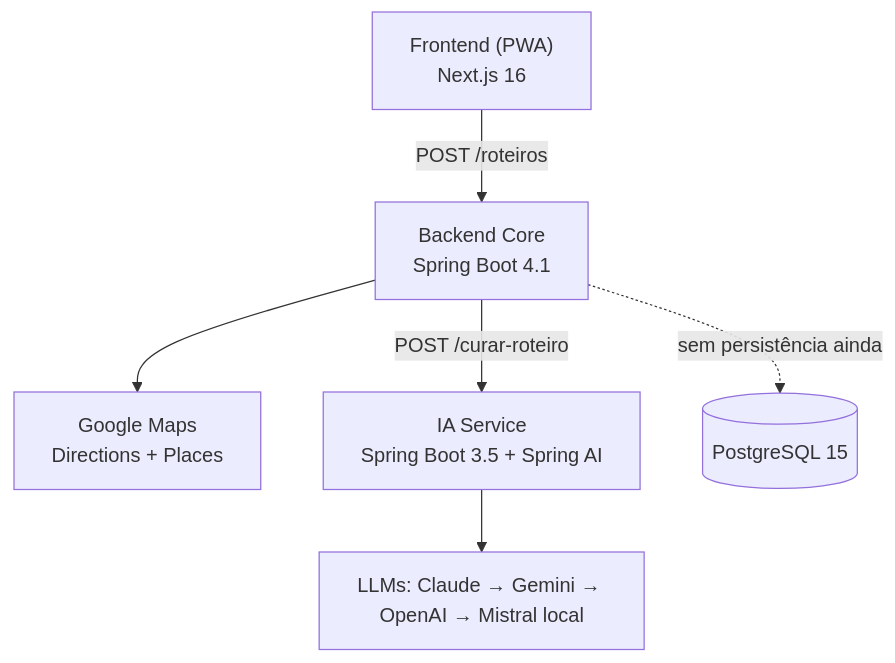
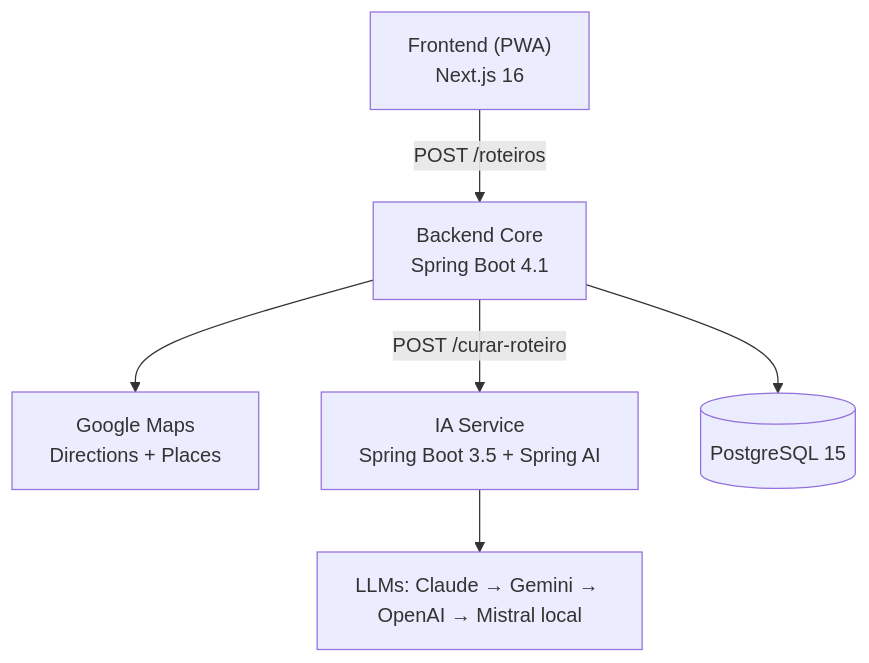
One commit to KyuCorporation/KYR changed the diagram in README.md. Above: the diagram before and after it, drawn with Mermaid. The commit also changed other lines of this file and 4 other files, not shown here.

````diff
--- a/README.md
+++ b/README.md
@@ -19,8 +19,8 @@
 ```mermaid
 flowchart TD
     A["Frontend (PWA)<br/>Next.js 16"] -->|POST /roteiros| C["Backend Core<br/>Spring Boot 4.1"]
     C --> G["Google Maps<br/>Directions + Places"]
     C -->|POST /curar-roteiro| E["IA Service<br/>Spring Boot 3.5 + Spring AI"]
-    C -.->|sem persistência ainda| D[("PostgreSQL 15")]
+    C --> D[("PostgreSQL 15")]
     E --> F["LLMs: Claude → Gemini → OpenAI → Mistral local"]
 ```
````
